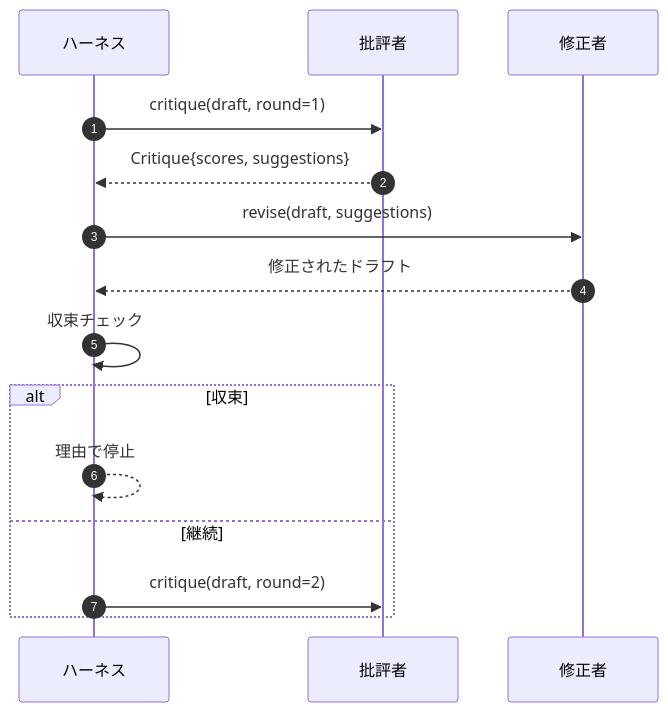
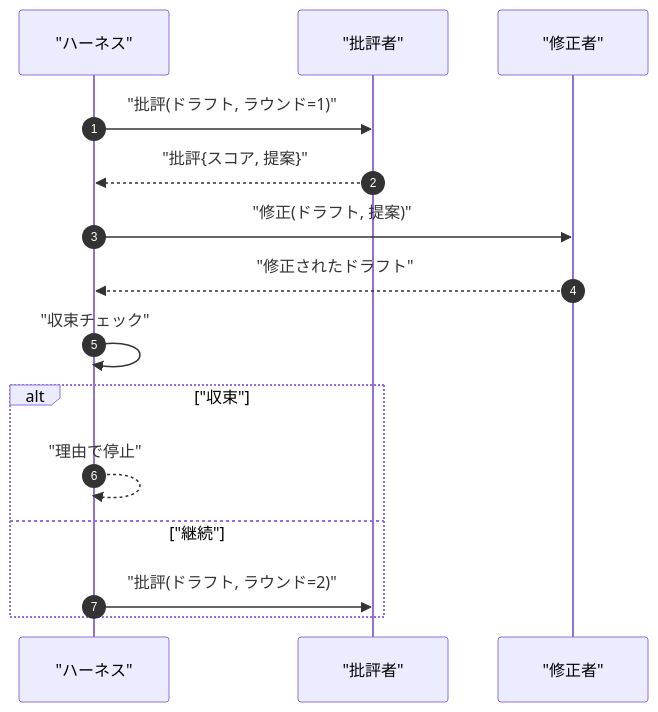
One commit to shoshoshomen/synapse-academy changed the fourth of 4 diagrams in content/phases/19-capstone-projects/55-critic-loop/lesson.ja.md. Above: the diagram before and after it, drawn with Mermaid. The commit also changed other lines of this file and 124 other files, not shown here.

First line of the commit message:
feat(i18n): mermaid図のラベルを日本語化(194レッスン/374図)

````diff
--- a/content/phases/19-capstone-projects/55-critic-loop/lesson.ja.md
+++ b/content/phases/19-capstone-projects/55-critic-loop/lesson.ja.md
@@ -86,17 +86,17 @@
 ```mermaid
 sequenceDiagram
     autonumber
-    participant H as ハーネス
-    participant C as 批評者
-    participant R as 修正者
-    H->>C: critique(draft, round=1)
-    C-->>H: Critique{scores, suggestions}
-    H->>R: revise(draft, suggestions)
-    R-->>H: 修正されたドラフト
-    H->>H: 収束チェック
-    alt 収束
-        H-->>H: 理由で停止
-    else 継続
-        H->>C: critique(draft, round=2)
+    participant H as "ハーネス"
+    participant C as "批評者"
+    participant R as "修正者"
+    H->>C: "批評(ドラフト, ラウンド=1)"
+    C-->>H: "批評{スコア, 提案}"
+    H->>R: "修正(ドラフト, 提案)"
+    R-->>H: "修正されたドラフト"
+    H->>H: "収束チェック"
+    alt "収束"
+        H-->>H: "理由で停止"
+    else "継続"
+        H->>C: "批評(ドラフト, ラウンド=2)"
     end
 ```
````
